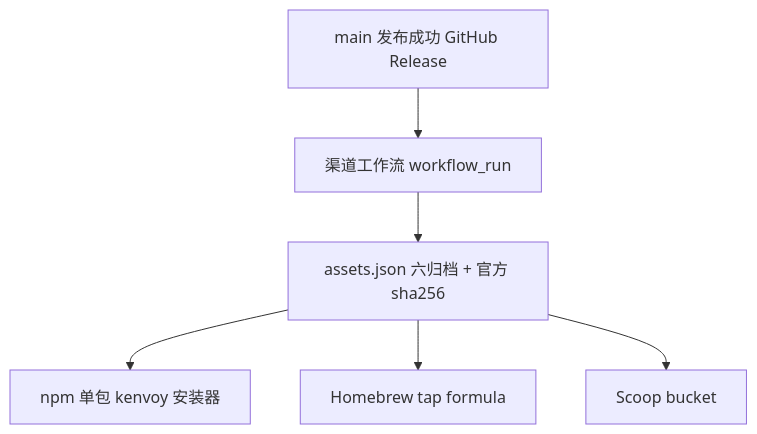
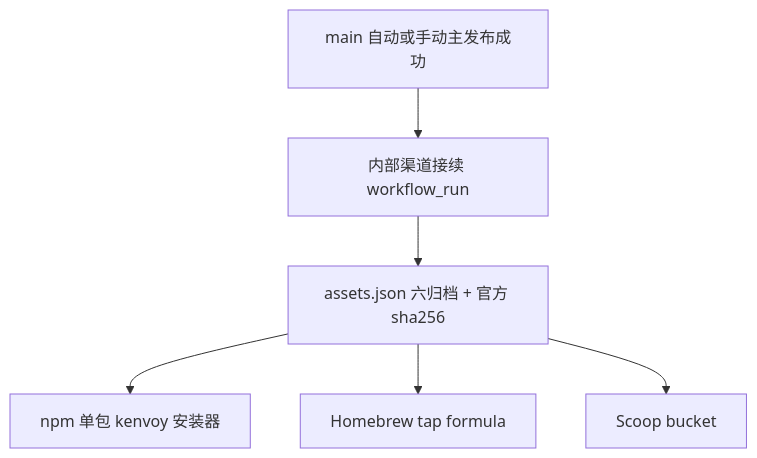
One commit to zerobiubiu/kenvoy changed the diagram in docs/operations/distribution-channels.md. Above: the diagram before and after it, drawn with Mermaid. The commit also changed other lines of this file and 19 other files, not shown here.

````diff
--- a/docs/operations/distribution-channels.md
+++ b/docs/operations/distribution-channels.md
@@ -7,8 +7,8 @@
 ```mermaid
 flowchart TD
-  A[main 发布成功 GitHub Release] --> B[渠道工作流 workflow_run]
+  A[main 自动或手动主发布成功] --> B[内部渠道接续 workflow_run]
   B --> C[assets.json 六归档 + 官方 sha256]
   C --> D[npm 单包 kenvoy 安装器]
   C --> E[Homebrew tap formula]
   C --> F[Scoop bucket]
 ```
````
